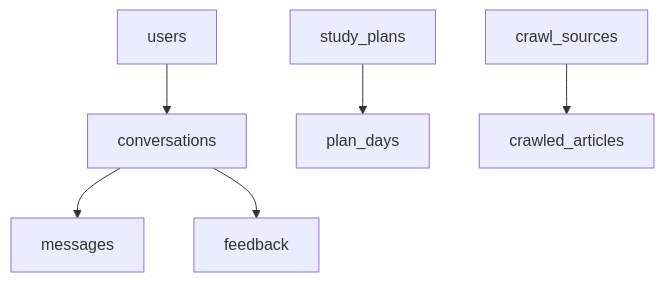
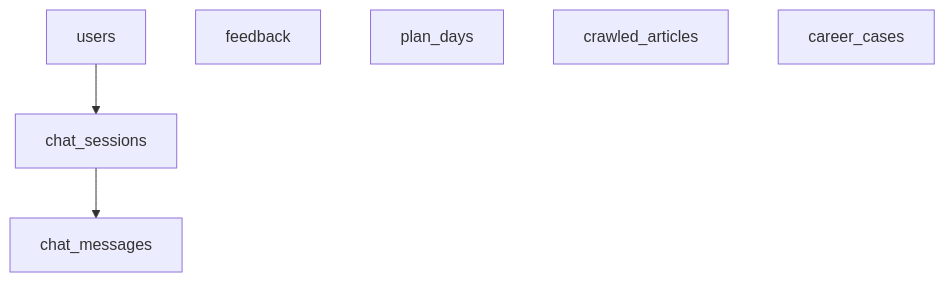
Before and after one commit to yuk1no4090/cyber-guide: the diagram in docs/DATABASE.md, drawn with Mermaid. The commit also changed other lines of this file and 20 other files, not shown here.

````diff
--- a/docs/DATABASE.md
+++ b/docs/DATABASE.md
@@ -107,8 +119,12 @@
 ```mermaid
 graph TB
-  users --> conversations
-  conversations --> messages
-  conversations --> feedback
-  studyPlans[study_plans] --> planDays[plan_days]
-  crawlSources[crawl_sources] --> crawledArticles[crawled_articles]
+  users[users]
+  chat_sessions[chat_sessions]
+  chat_messages[chat_messages]
+  users --> chat_sessions
+  chat_sessions --> chat_messages
+  feedback[feedback]
+  plan_days[plan_days]
+  crawled_articles[crawled_articles]
+  career_cases[career_cases]
 ```
````
